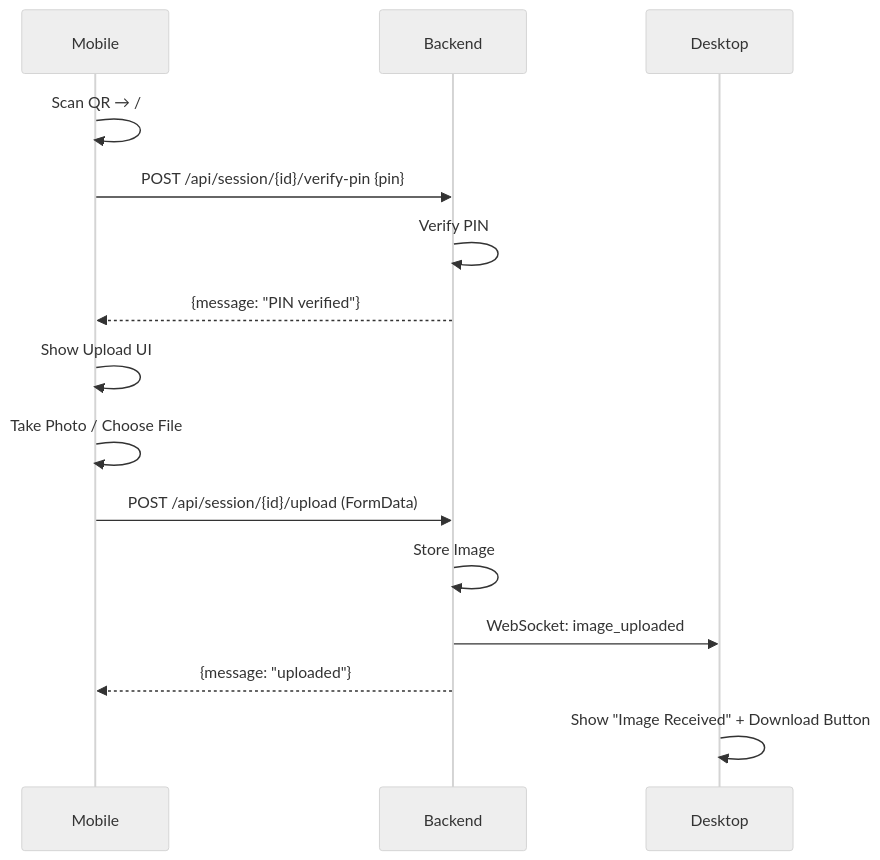
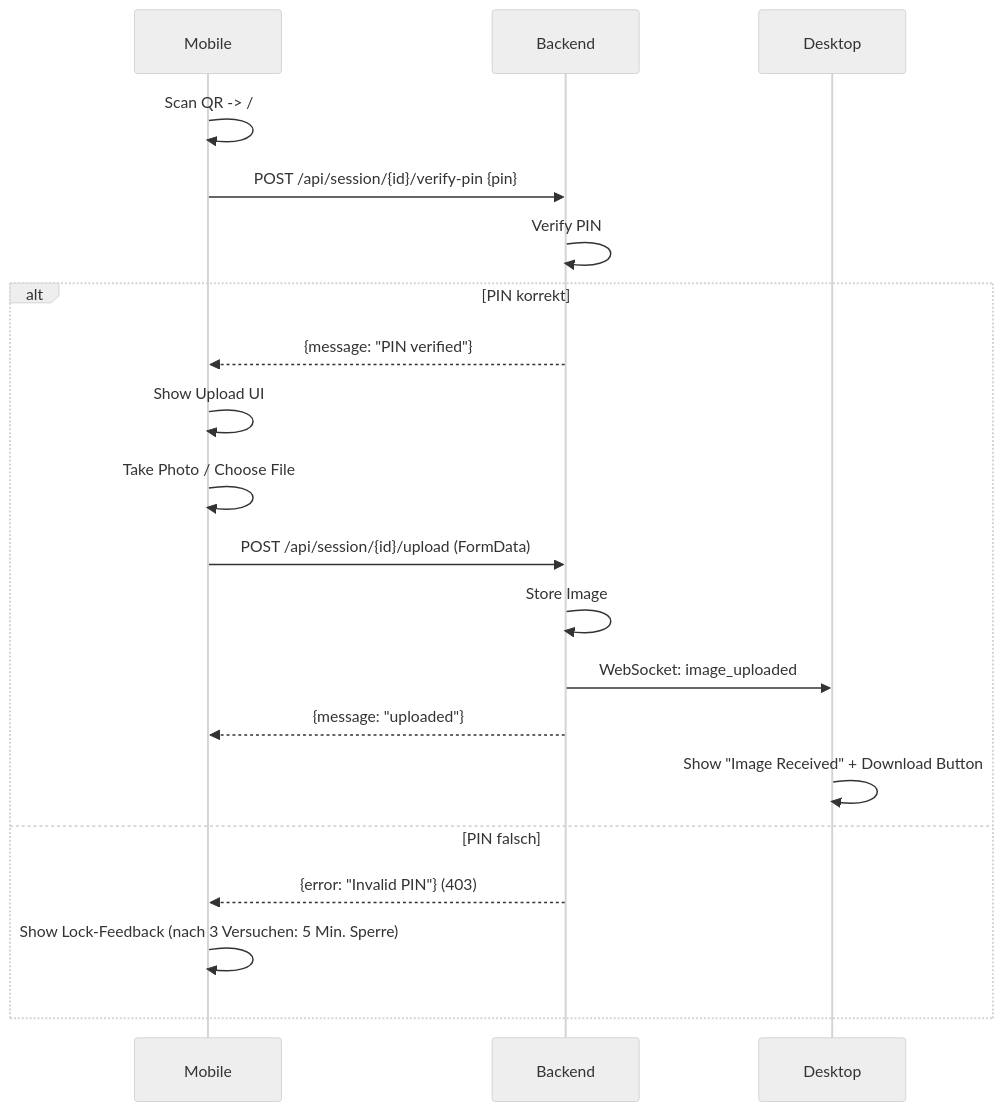
The seventh of 10 diagrams in map.md (Garante83/DocFlow-), drawn with Mermaid (neutral theme) before and after one commit. The commit also changed other lines of this file and 28 other files, not shown here.

````diff
--- a/map.md
+++ b/map.md
@@ -163,18 +376,23 @@
 ```mermaid
 sequenceDiagram
     participant M as Mobile
     participant B as Backend
     participant D as Desktop
 
-    M->>M: Scan QR → /#/mobile?session_id=...
+    M->>M: Scan QR -> /#/mobile?session_id=...
     M->>B: POST /api/session/{id}/verify-pin {pin}
     B->>B: Verify PIN
-    B-->>M: {message: "PIN verified"}
-    M->>M: Show Upload UI
-    M->>M: Take Photo / Choose File
-    M->>B: POST /api/session/{id}/upload (FormData)
-    B->>B: Store Image
-    B->>D: WebSocket: image_uploaded
-    B-->>M: {message: "uploaded"}
-    D->>D: Show "Image Received" + Download Button
+    alt PIN korrekt
+        B-->>M: {message: "PIN verified"}
+        M->>M: Show Upload UI
+        M->>M: Take Photo / Choose File
+        M->>B: POST /api/session/{id}/upload (FormData)
+        B->>B: Store Image
+        B->>D: WebSocket: image_uploaded
+        B-->>M: {message: "uploaded"}
+        D->>D: Show "Image Received" + Download Button
+    else PIN falsch
+        B-->>M: {error: "Invalid PIN"} (403)
+        M->>M: Show Lock-Feedback (nach 3 Versuchen: 5 Min. Sperre)
+    end
 ```
````
